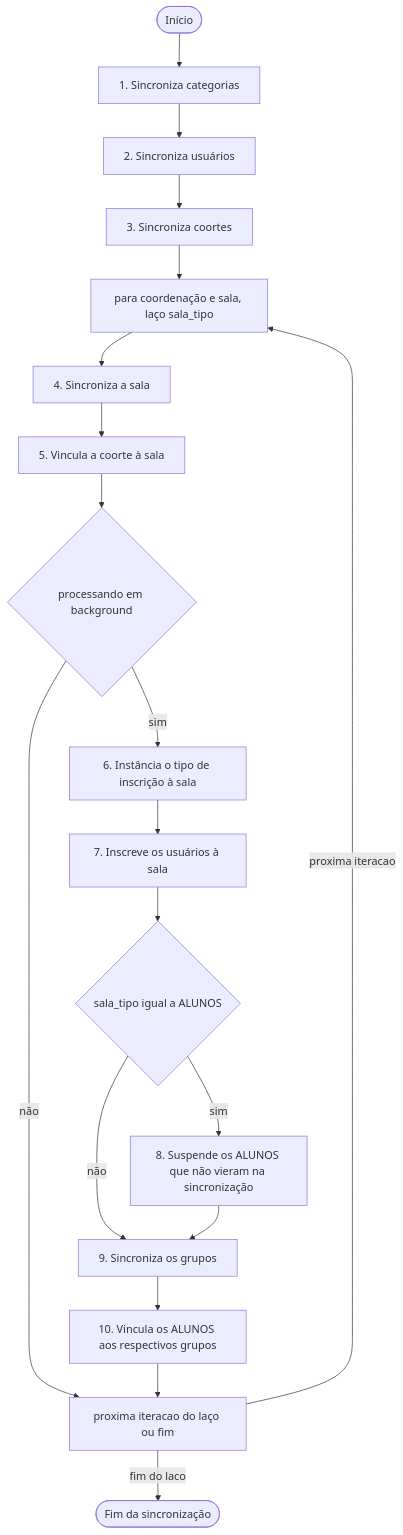
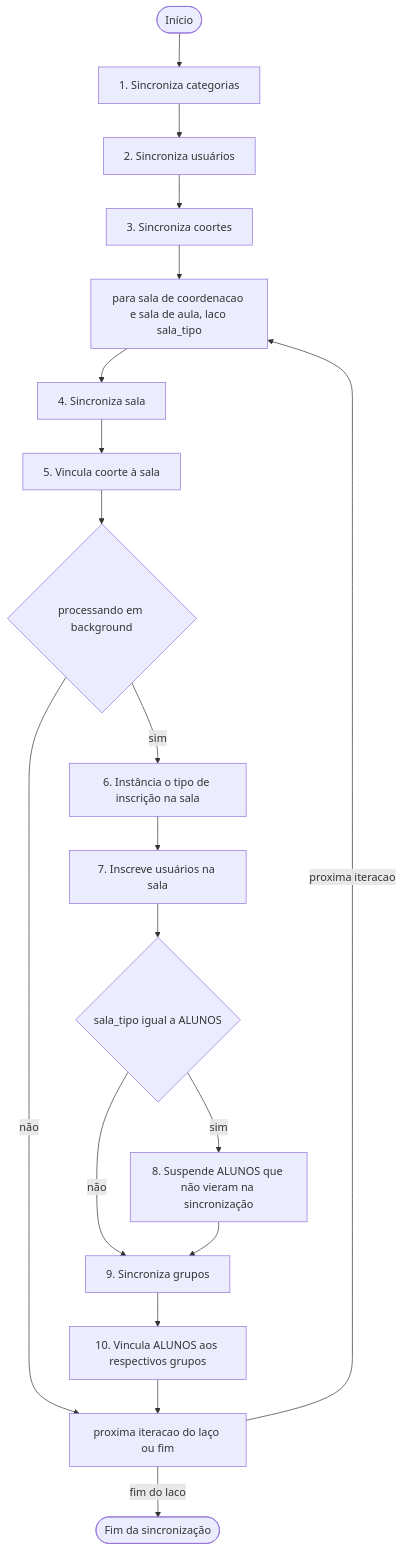
Before and after one commit to suap-ava-suite/moodle-local_suap: the diagram in docs/o_que_ocorre_ao_sincronizar.md, drawn with Mermaid. The commit also changed other lines of this file, not shown here.

Commit message:
doc: [UPD] atualização do guia sobre sincronização entre SUAP e Moodle, incluindo resumo prático e melhorias na seção de vocabulário

````diff
--- a/docs/o_que_ocorre_ao_sincronizar.md
+++ b/docs/o_que_ocorre_ao_sincronizar.md
@@ -80,24 +89,24 @@
 ```mermaid
 flowchart TD
   A([Início]) --> B[1. Sincroniza categorias]
   B --> C[2. Sincroniza usuários]
   C --> D[3. Sincroniza coortes]
 
-  D --> E[para coordenação e sala, laço sala_tipo]
-  E --> F[4. Sincroniza a sala]
-  F --> G[5. Vincula a coorte à sala]
+  D --> E[para sala de coordenacao e sala de aula, laco sala_tipo]
+  E --> F[4. Sincroniza sala]
+  F --> G[5. Vincula coorte à sala]
 
   G --> H{processando em background}
   H -->|não| P[proxima iteracao do laço ou fim]
-  H -->|sim| I[6. Instância o tipo de inscrição à sala]
-  I --> J[7. Inscreve os usuários à sala]
+  H -->|sim| I[6. Instância o tipo de inscrição na sala]
+  I --> J[7. Inscreve usuários na sala]
   J --> K{sala_tipo igual a ALUNOS}
-  K -->|sim| L[8. Suspende os ALUNOS que não vieram na sincronização]
-  K -->|não| M[9. Sincroniza os grupos]
+  K -->|sim| L[8. Suspende ALUNOS que não vieram na sincronização]
+  K -->|não| M[9. Sincroniza grupos]
   L --> M
-  M --> N[10. Vincula os ALUNOS aos respectivos grupos ]
+  M --> N[10. Vincula ALUNOS aos respectivos grupos]
   N --> P
 
   P -->|proxima iteracao| E
   P -->|fim do laco| O([Fim da sincronização])
 ```
````
